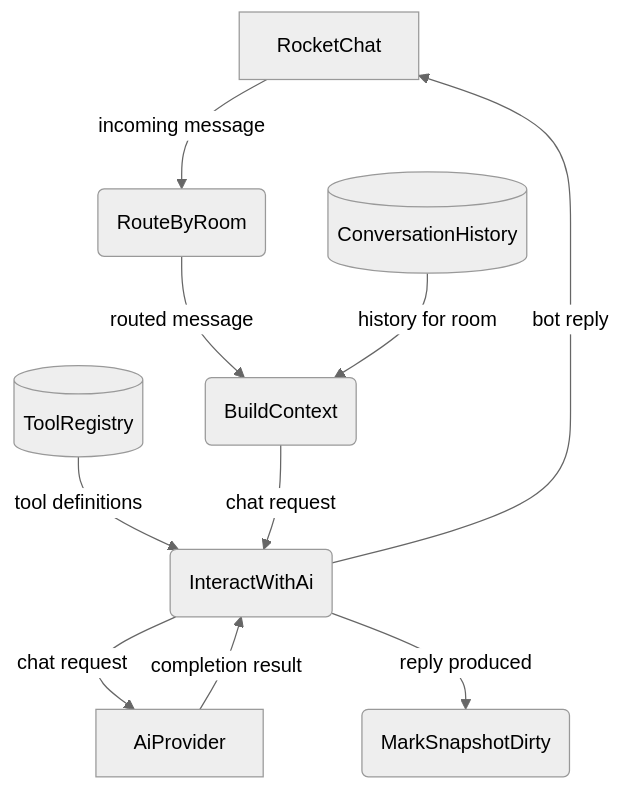
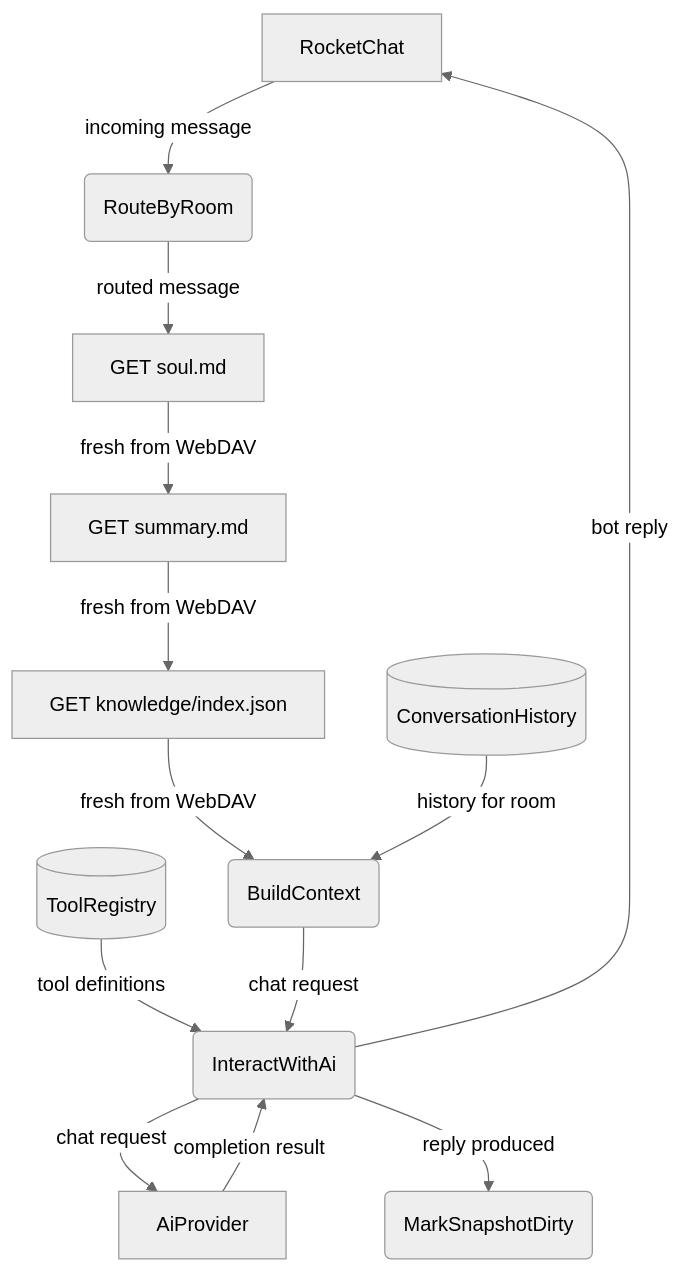
The first of 11 diagrams in _dfd/agent/agent-harness.md (cosmoswafer/rockbot), drawn with Mermaid (neutral theme) before and after one commit. The commit also changed other lines of this file and 2 other files, not shown here.

Commit message:
fix: always re-read soul.md and summary.md from WebDAV (closes #44)

````diff
--- a/_dfd/agent/agent-harness.md
+++ b/_dfd/agent/agent-harness.md
@@ -45,21 +45,27 @@
 ```mermaid
 flowchart TD
     RC[RocketChat]
     ROUTE(RouteByRoom)
+    SOUL["GET soul.md"]
+    SUMMARY["GET summary.md"]
+    KNOWLEDGE["GET knowledge/index.json"]
     CTX(BuildContext)
     MEM[(ConversationHistory)]
     TOOLS_DEF[(ToolRegistry)]
     INTERACT(InteractWithAi)
     AI[AiProvider]
     MRK_DIRTY(MarkSnapshotDirty)
 
     RC -->|"incoming message"| ROUTE
-    ROUTE -->|"routed message"| CTX
+    ROUTE -->|"routed message"| SOUL
+    SOUL -->|"fresh from WebDAV"| SUMMARY
+    SUMMARY -->|"fresh from WebDAV"| KNOWLEDGE
+    KNOWLEDGE -->|"fresh from WebDAV"| CTX
     MEM -->|"history for room"| CTX
     TOOLS_DEF -->|"tool definitions"| INTERACT
     CTX -->|"chat request"| INTERACT
     INTERACT -->|"chat request"| AI
     AI -->|"completion result"| INTERACT
     INTERACT -->|"bot reply"| RC
     INTERACT -->|"reply produced"| MRK_DIRTY
 ```
````
